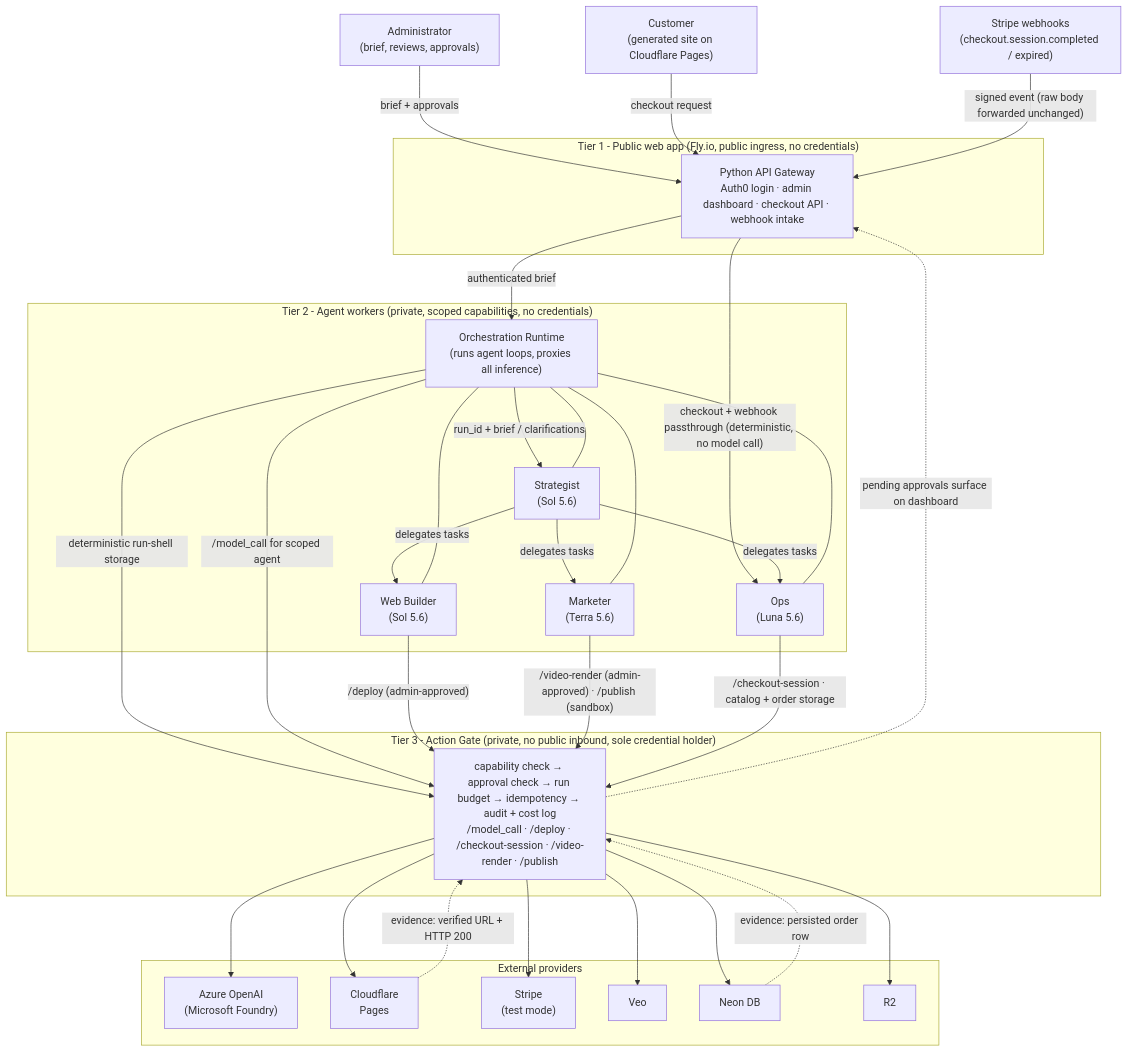
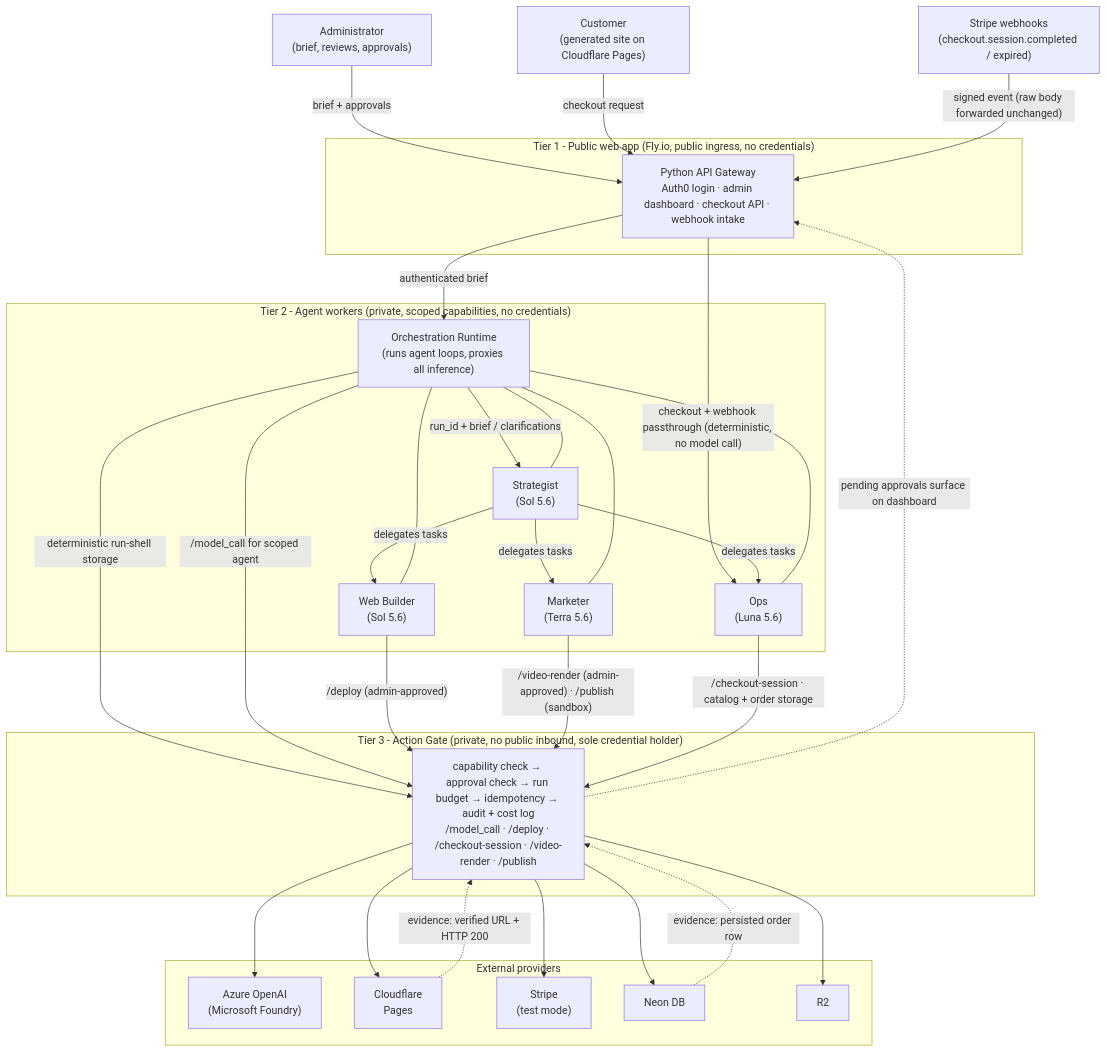
The diagram in DESIGN.md (Bhardwaj-Saurabh/EPYHIA_AI_agency), drawn with Mermaid before and after one commit. The commit also changed other lines of this file and 9 other files, not shown here.

````diff
--- a/DESIGN.md
+++ b/DESIGN.md
@@ -19,64 +19,62 @@
 ```mermaid
 flowchart TD
     Admin["Administrator<br/>(brief, reviews, approvals)"]
     Customer["Customer<br/>(generated site on Cloudflare Pages)"]
     StripeWH["Stripe webhooks<br/>(checkout.session.completed / expired)"]
 
     subgraph T1["Tier 1 - Public web app (Fly.io, public ingress, no credentials)"]
         API["Python API Gateway<br/>Auth0 login · admin dashboard · checkout API · webhook intake"]
     end
 
     subgraph T2["Tier 2 - Agent workers (private, scoped capabilities, no credentials)"]
         Runtime["Orchestration Runtime<br/>(runs agent loops, proxies all inference)"]
         Strategist["Strategist<br/>(Sol 5.6)"]
         WebBuilder["Web Builder<br/>(Sol 5.6)"]
         Marketer["Marketer<br/>(Terra 5.6)"]
         Ops["Ops<br/>(Luna 5.6)"]
     end
 
     subgraph T3["Tier 3 - Action Gate (private, no public inbound, sole credential holder)"]
         Gate["capability check → approval check → run budget → idempotency → audit + cost log<br/>/model_call · /deploy · /checkout-session · /video-render · /publish"]
     end
 
     subgraph EXT["External providers"]
         OpenAI["Azure OpenAI<br/>(Microsoft Foundry)"]
         CF["Cloudflare<br/>Pages"]
         Stripe["Stripe<br/>(test mode)"]
-        Veo["Veo"]
         Neon["Neon DB"]
         R2["R2"]
     end
 
     Admin -->|brief + approvals| API
     Customer -->|checkout request| API
     StripeWH -->|"signed event (raw body forwarded unchanged)"| API
 
     API -->|authenticated brief| Runtime
     Runtime -->|deterministic run-shell storage| Gate
     Runtime -->|run_id + brief / clarifications| Strategist
     API -->|"checkout + webhook passthrough (deterministic, no model call)"| Ops
     Strategist -->|delegates tasks| WebBuilder
     Strategist -->|delegates tasks| Marketer
     Strategist -->|delegates tasks| Ops
 
     Strategist --- Runtime
     WebBuilder --- Runtime
     Marketer --- Runtime
     Ops --- Runtime
     Runtime -->|"/model_call for scoped agent"| Gate
 
     WebBuilder -->|"/deploy (admin-approved)"| Gate
     Marketer -->|"/video-render (admin-approved) · /publish (sandbox)"| Gate
     Ops -->|"/checkout-session · catalog + order storage"| Gate
 
     Gate -.->|"pending approvals surface on dashboard"| API
     CF -.->|"evidence: verified URL + HTTP 200"| Gate
     Neon -.->|"evidence: persisted order row"| Gate
 
     Gate --> OpenAI
     Gate --> CF
     Gate --> Stripe
-    Gate --> Veo
     Gate --> Neon
     Gate --> R2
 ```
````
